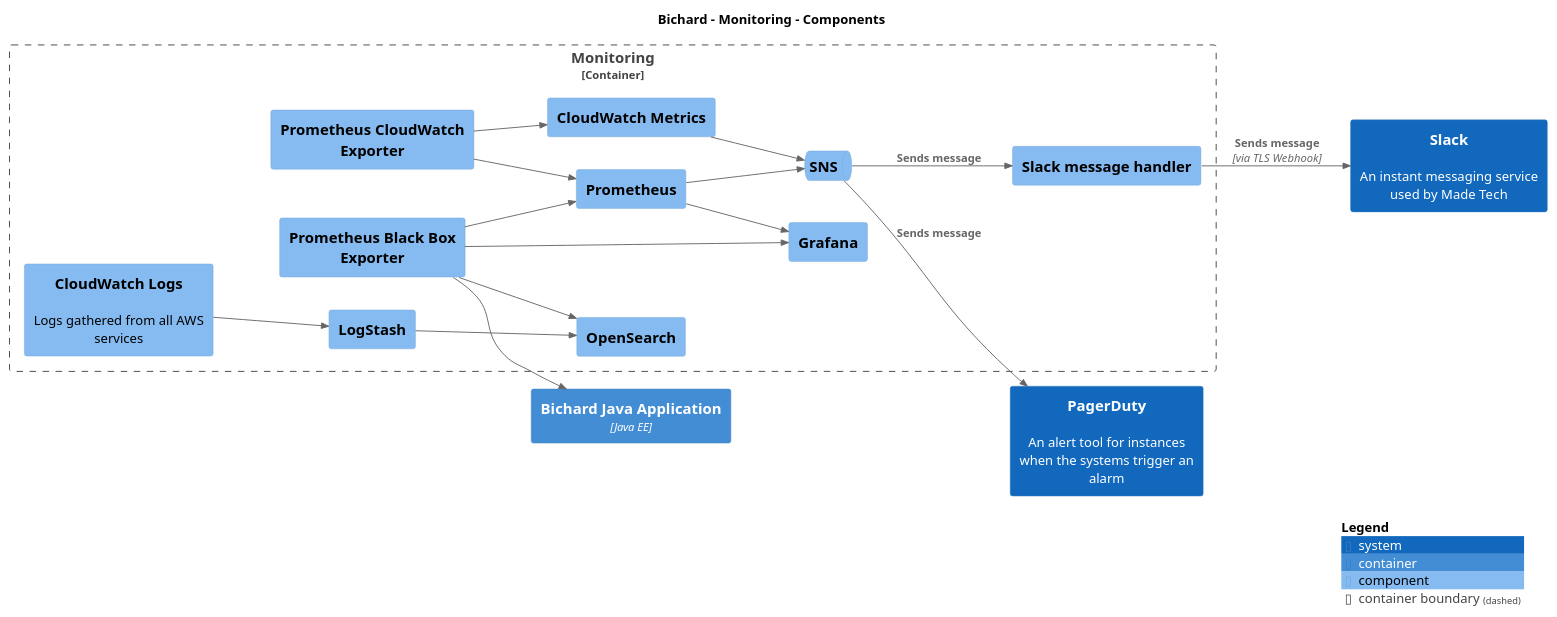
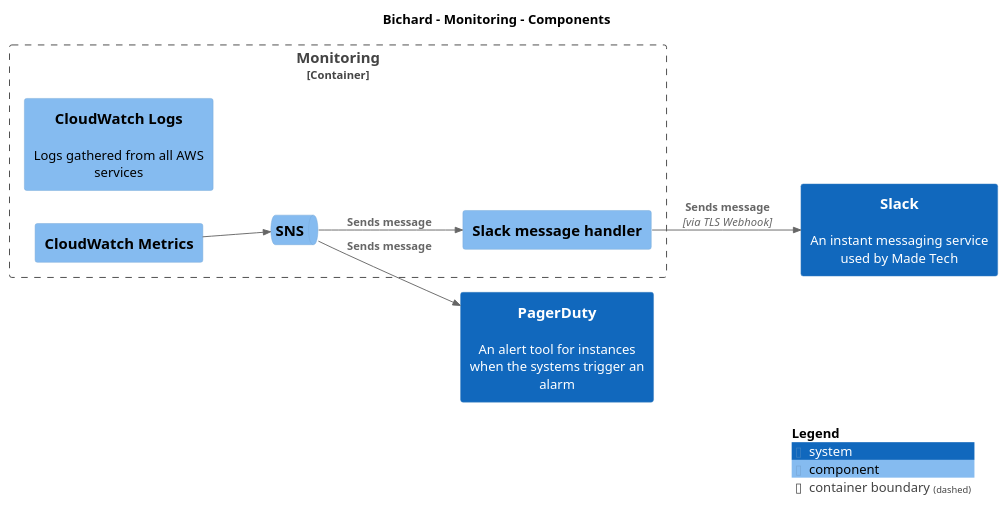
One commit to ministryofjustice/bichard7-next-core changed the diagram in main/puml/Component-007.puml. Above: the diagram before and after it, drawn with PlantUML. The commit also changed 71 other files, not shown here.

```diff
--- a/main/puml/Component-007.puml
+++ b/main/puml/Component-007.puml
@@ -1,45 +1,27 @@
 @startuml
 set separator none
 title Bichard - Monitoring - Components
 
 left to right direction
 
 !include <C4/C4>
 !include <C4/C4_Context>
-!include <C4/C4_Container>
 !include <C4/C4_Component>
 
 System(Slack, "Slack", $descr="An instant messaging service used by Made Tech", $tags="", $link="")
 System(PagerDuty, "PagerDuty", $descr="An alert tool for instances when the systems trigger an alarm", $tags="", $link="")
-Container(Bichard.BichardJavaApplication, "Bichard Java Application", $techn="Java EE", $descr="", $tags="", $link="")
 
 Container_Boundary("Bichard.Monitoring_boundary", "Monitoring", $tags="") {
-  Component(Bichard.Monitoring.OpenSearch, "OpenSearch", $techn="", $descr="", $tags="", $link="")
-  Component(Bichard.Monitoring.Prometheus, "Prometheus", $techn="", $descr="", $tags="", $link="")
-  Component(Bichard.Monitoring.PrometheusCloudWatchExporter, "Prometheus CloudWatch Exporter", $techn="", $descr="", $tags="", $link="")
-  Component(Bichard.Monitoring.PrometheusBlackBoxExporter, "Prometheus Black Box Exporter", $techn="", $descr="", $tags="", $link="")
-  Component(Bichard.Monitoring.Grafana, "Grafana", $techn="", $descr="", $tags="", $link="")
-  Component(Bichard.Monitoring.LogStash, "LogStash", $techn="", $descr="", $tags="", $link="")
   Component(Bichard.Monitoring.CloudWatchLogs, "CloudWatch Logs", $techn="", $descr="Logs gathered from all AWS services", $tags="", $link="")
   Component(Bichard.Monitoring.CloudWatchMetrics, "CloudWatch Metrics", $techn="", $descr="", $tags="", $link="")
   Component(Bichard.Monitoring.Slackmessagehandler, "Slack message handler", $techn="", $descr="", $tags="", $link="")
   ComponentQueue(Bichard.Monitoring.SNS, "SNS", $techn="", $descr="", $tags="", $link="")
 }
 
-Rel(Bichard.Monitoring.PrometheusBlackBoxExporter, Bichard.Monitoring.Prometheus, "", $techn="", $tags="", $link="")
-Rel(Bichard.Monitoring.PrometheusBlackBoxExporter, Bichard.BichardJavaApplication, "", $techn="", $tags="", $link="")
-Rel(Bichard.Monitoring.PrometheusBlackBoxExporter, Bichard.Monitoring.Grafana, "", $techn="", $tags="", $link="")
-Rel(Bichard.Monitoring.PrometheusBlackBoxExporter, Bichard.Monitoring.OpenSearch, "", $techn="", $tags="", $link="")
-Rel(Bichard.Monitoring.PrometheusCloudWatchExporter, Bichard.Monitoring.Prometheus, "", $techn="", $tags="", $link="")
-Rel(Bichard.Monitoring.PrometheusCloudWatchExporter, Bichard.Monitoring.CloudWatchMetrics, "", $techn="", $tags="", $link="")
-Rel(Bichard.Monitoring.Prometheus, Bichard.Monitoring.SNS, "", $techn="", $tags="", $link="")
 Rel(Bichard.Monitoring.CloudWatchMetrics, Bichard.Monitoring.SNS, "", $techn="", $tags="", $link="")
-Rel(Bichard.Monitoring.Prometheus, Bichard.Monitoring.Grafana, "", $techn="", $tags="", $link="")
-Rel(Bichard.Monitoring.LogStash, Bichard.Monitoring.OpenSearch, "", $techn="", $tags="", $link="")
-Rel(Bichard.Monitoring.CloudWatchLogs, Bichard.Monitoring.LogStash, "", $techn="", $tags="", $link="")
 Rel(Bichard.Monitoring.SNS, PagerDuty, "Sends message", $techn="", $tags="", $link="")
 Rel(Bichard.Monitoring.SNS, Bichard.Monitoring.Slackmessagehandler, "Sends message", $techn="", $tags="", $link="")
 Rel(Bichard.Monitoring.Slackmessagehandler, Slack, "Sends message", $techn="via TLS Webhook", $tags="", $link="")
 
 SHOW_LEGEND(true)
 @enduml
```
